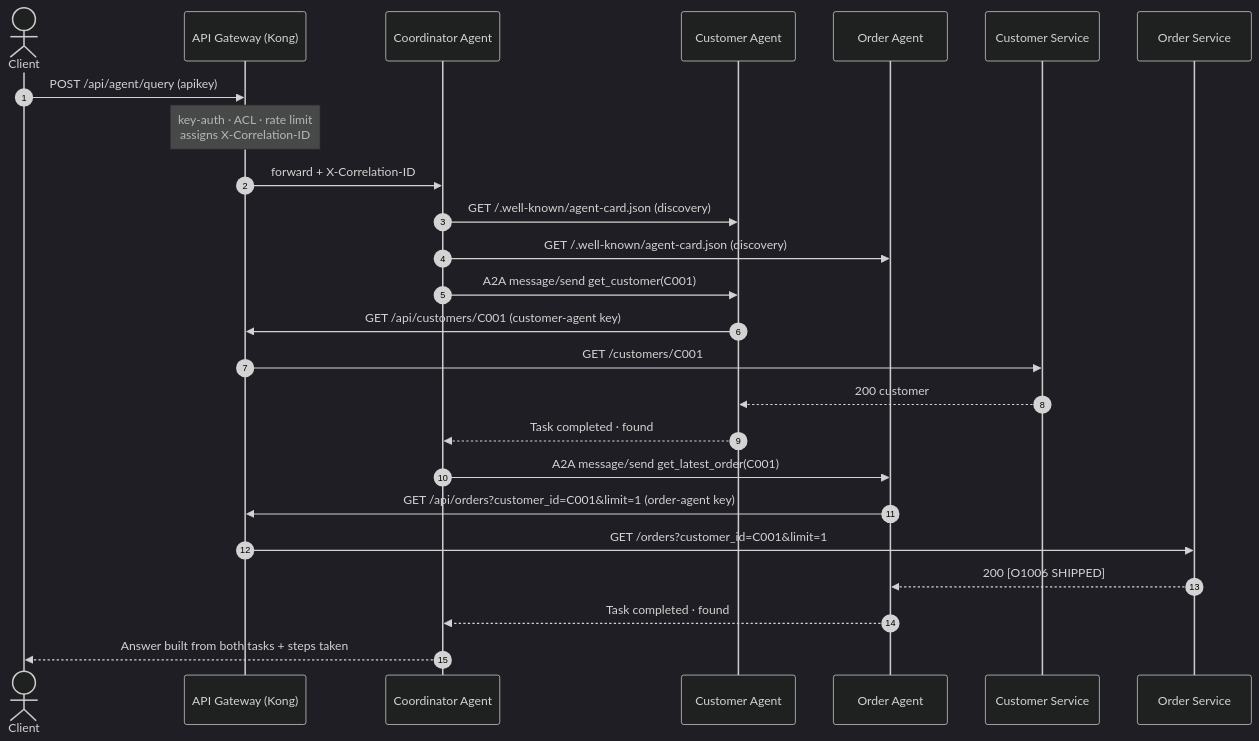
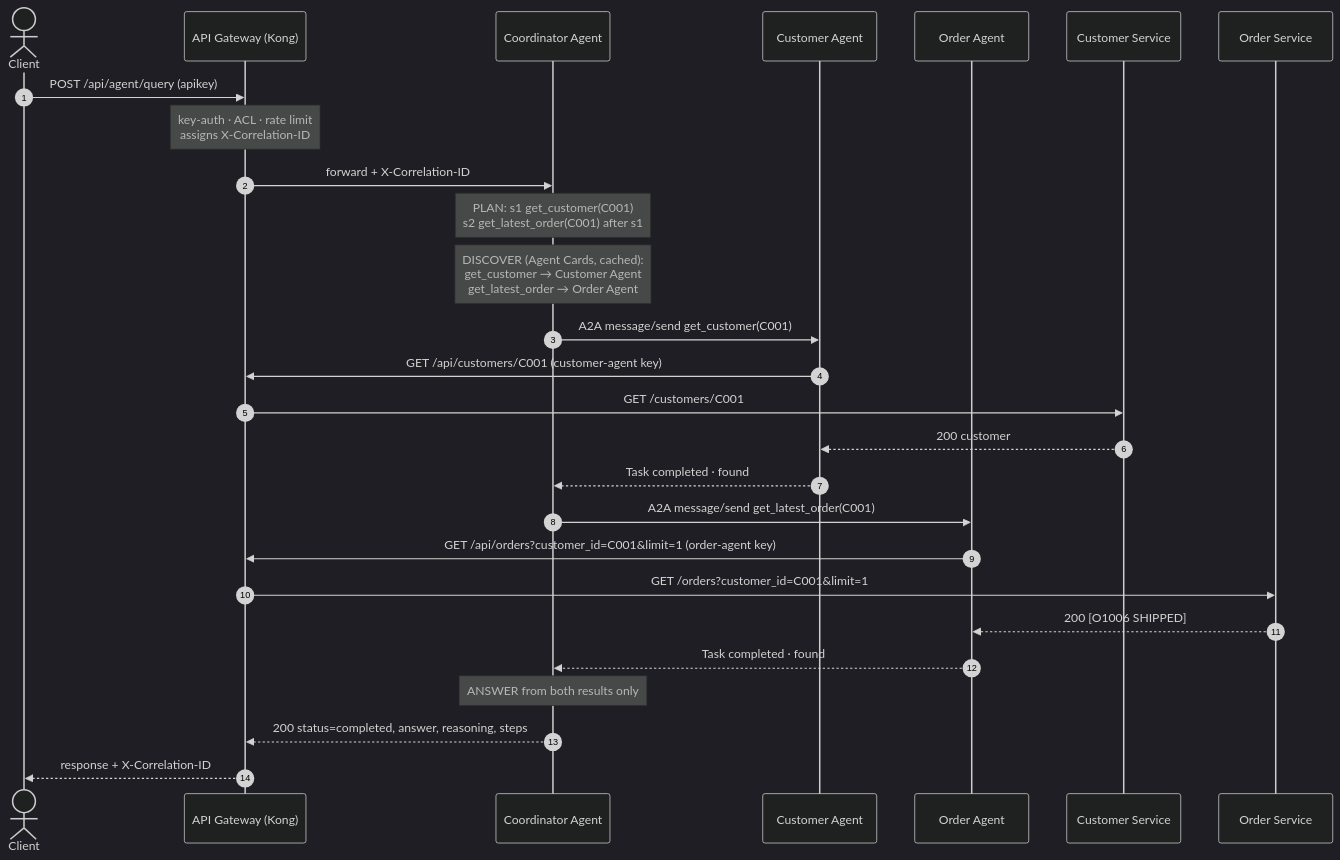
The second of 2 diagrams in docs/AGENTS.md (Sycorax39/Partilon-Assessment), drawn with Mermaid (dark theme) before and after one commit. The commit also changed other lines of this file and 23 other files, not shown here.

````diff
--- a/docs/AGENTS.md
+++ b/docs/AGENTS.md
@@ -141,28 +222,30 @@
 ```mermaid
 sequenceDiagram
     autonumber
     actor U as Client
     participant GW as API Gateway (Kong)
     participant CO as Coordinator Agent
     participant CA as Customer Agent
     participant OA as Order Agent
     participant CS as Customer Service
     participant OS as Order Service
 
     U->>GW: POST /api/agent/query (apikey)
     Note over GW: key-auth · ACL · rate limit<br/>assigns X-Correlation-ID
     GW->>CO: forward + X-Correlation-ID
-    CO->>CA: GET /.well-known/agent-card.json (discovery)
-    CO->>OA: GET /.well-known/agent-card.json (discovery)
+    Note over CO: PLAN: s1 get_customer(C001)<br/>s2 get_latest_order(C001) after s1
+    Note over CO: DISCOVER (Agent Cards, cached):<br/>get_customer → Customer Agent<br/>get_latest_order → Order Agent
     CO->>CA: A2A message/send get_customer(C001)
     CA->>GW: GET /api/customers/C001 (customer-agent key)
     GW->>CS: GET /customers/C001
     CS-->>CA: 200 customer
     CA-->>CO: Task completed · found
     CO->>OA: A2A message/send get_latest_order(C001)
     OA->>GW: GET /api/orders?customer_id=C001&limit=1 (order-agent key)
     GW->>OS: GET /orders?customer_id=C001&limit=1
     OS-->>OA: 200 [O1006 SHIPPED]
     OA-->>CO: Task completed · found
-    CO-->>U: Answer built from both tasks + steps taken
+    Note over CO: ANSWER from both results only
+    CO-->>GW: 200 status=completed, answer, reasoning, steps
+    GW-->>U: response + X-Correlation-ID
 ```
````
